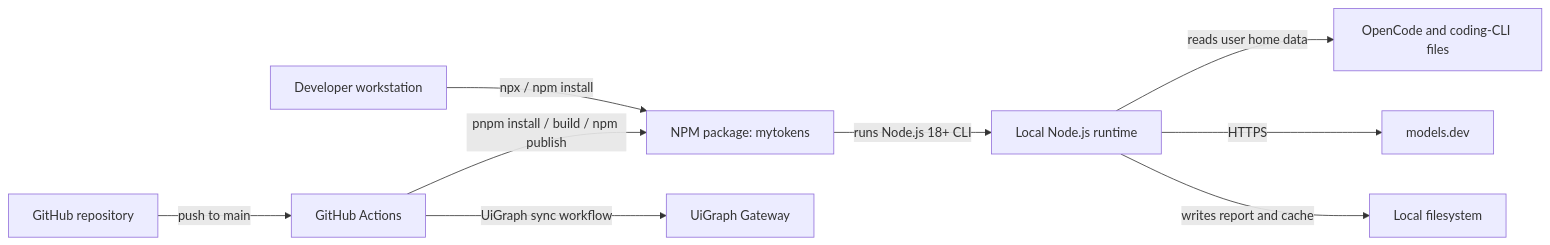
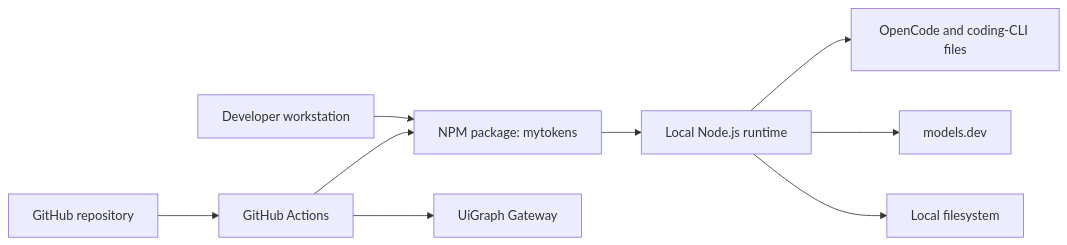
Before and after one commit to OpenSayad/mytokens-test: the diagram in .uigraph/diagrams/deployment/deployment.mmd, drawn with Mermaid. The commit also changed 1 other file, not shown here.

Commit message:
docs(uigraph): update Local and CI Deployment diagram

```diff
--- a/.uigraph/diagrams/deployment/deployment.mmd
+++ b/.uigraph/diagrams/deployment/deployment.mmd
@@ -1,9 +1,18 @@
 flowchart LR
-  developer[Developer workstation] -->|npx / npm install| package[NPM package: mytokens]
-  package -->|runs Node.js 18+ CLI| runtime[Local Node.js runtime]
-  runtime -->|reads user home data| local[OpenCode and coding-CLI files]
-  runtime -->|HTTPS| models[models.dev]
-  runtime -->|writes report and cache| disk[Local filesystem]
-  github[GitHub repository] -->|push to main| ci[GitHub Actions]
-  ci -->|pnpm install / build / npm publish| package
-  ci -->|UiGraph sync workflow| uigraph[UiGraph Gateway]
+developer["Developer workstation"]
+package["NPM package: mytokens"]
+runtime["Local Node.js runtime"]
+local["OpenCode and coding-CLI files"]
+models["models.dev"]
+disk["Local filesystem"]
+github["GitHub repository"]
+ci["GitHub Actions"]
+uigraph["UiGraph Gateway"]
+developer --> package
+package --> runtime
+runtime --> local
+runtime --> models
+runtime --> disk
+github --> ci
+ci --> package
+ci --> uigraph
```
